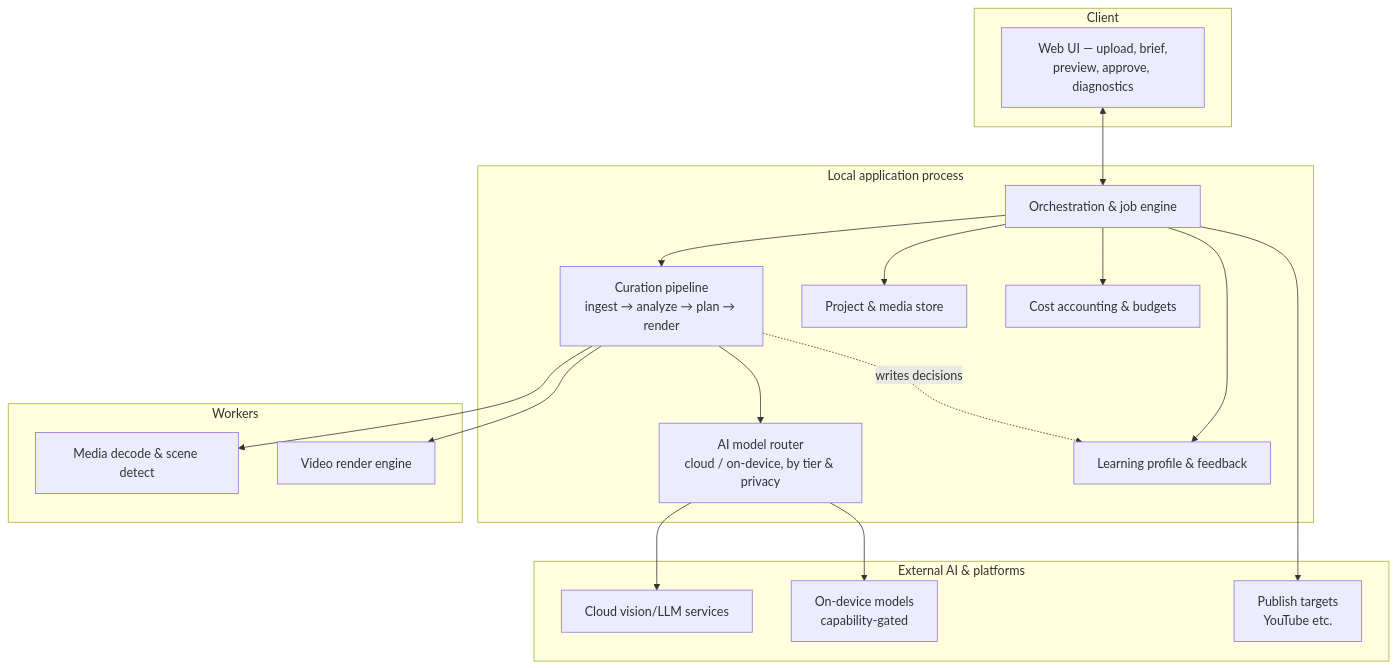
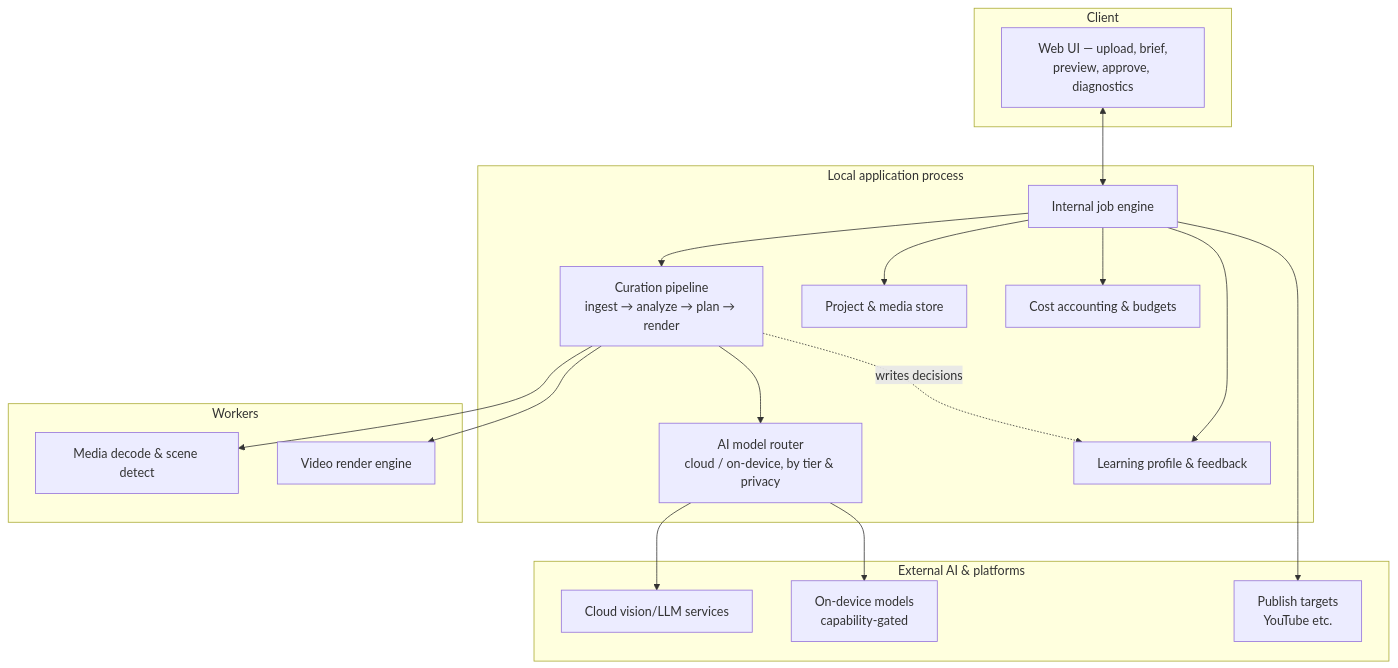
The second of 5 diagrams in docs/OVERVIEW.md (khoks/impact-crater), drawn with Mermaid before and after one commit. The commit also changed other lines of this file and 9 other files, not shown here.

````diff
--- a/docs/OVERVIEW.md
+++ b/docs/OVERVIEW.md
@@ -257,39 +266,39 @@
 ```mermaid
 flowchart TB
     subgraph Client
         UI[Web UI — upload, brief,<br/>preview, approve, diagnostics]
     end
 
     subgraph App[Local application process]
-        ORCH[Orchestration & job engine]
+        ORCH[Internal job engine]
         ROUTER[AI model router<br/>cloud / on-device, by tier & privacy]
         PIPE[Curation pipeline<br/>ingest → analyze → plan → render]
         STORE[Project & media store]
         ACCT[Cost accounting & budgets]
         PROFILE[Learning profile & feedback]
     end
 
     subgraph Workers
         DECODE[Media decode & scene detect]
         RENDER[Video render engine]
     end
 
     subgraph External[External AI & platforms]
         CLOUDAI[Cloud vision/LLM services]
         LOCALAI[On-device models<br/>capability-gated]
         PLATFORMS[Publish targets<br/>YouTube etc.]
     end
 
     UI <--> ORCH
     ORCH --> PIPE
     PIPE --> ROUTER
     ROUTER --> CLOUDAI
     ROUTER --> LOCALAI
     PIPE --> DECODE
     PIPE --> RENDER
     ORCH --> STORE
     ORCH --> ACCT
     ORCH --> PROFILE
     ORCH --> PLATFORMS
     PIPE -. writes decisions .-> PROFILE
 ```
````
